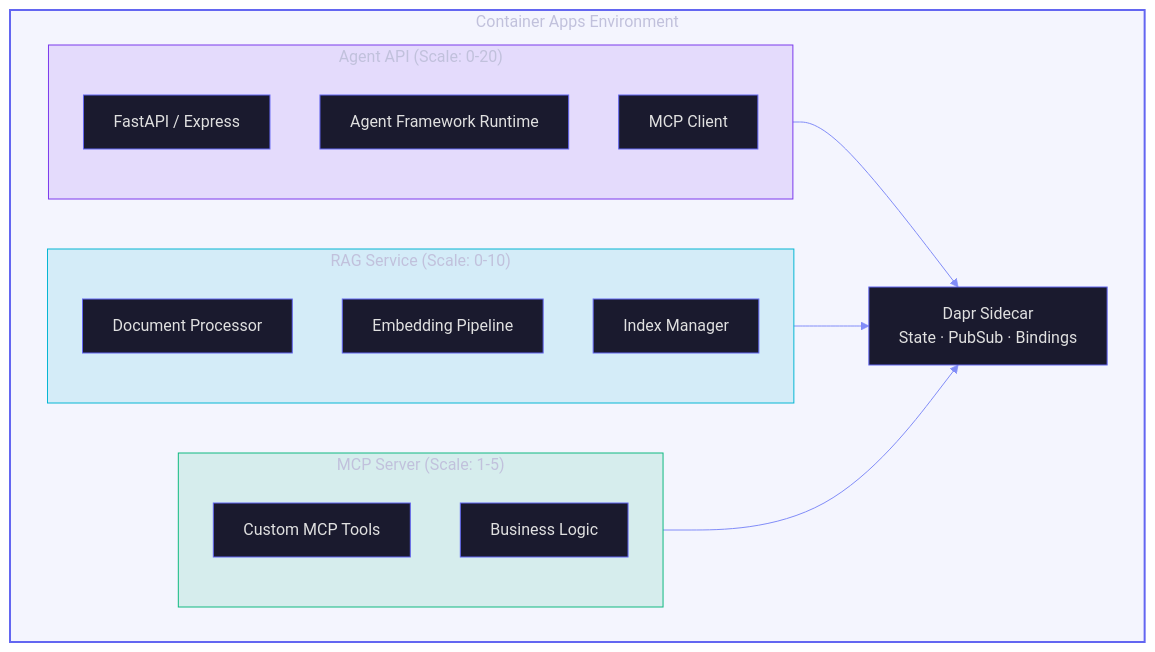
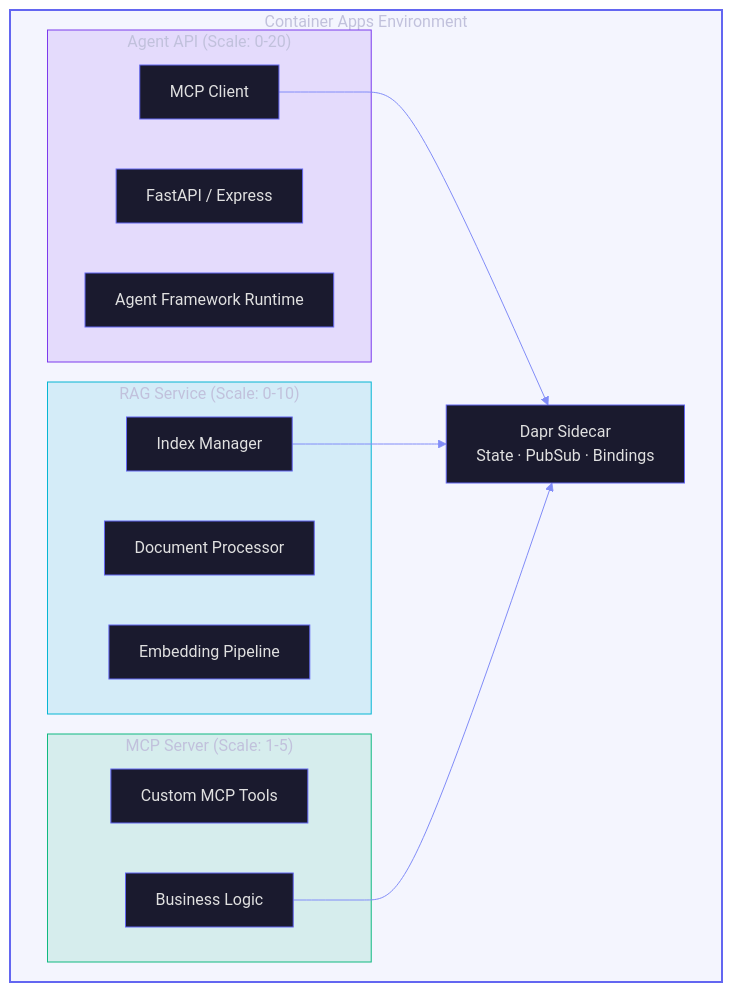
The fourth of 9 diagrams in docs/T3-Production-Patterns.md (frootai/frootai), drawn with Mermaid before and after one commit. The commit also changed other lines of this file and 15 other files, not shown here.

Commit message:
docs: harden learning module diagrams

````diff
--- a/docs/T3-Production-Patterns.md
+++ b/docs/T3-Production-Patterns.md
@@ -193,33 +205,33 @@
 ```mermaid
 %%{init: {'theme': 'base', 'themeVariables': {'primaryColor': '#1a1a2e', 'primaryTextColor': '#e0e0e0', 'primaryBorderColor': '#6366f1', 'lineColor': '#818cf8', 'background': 'transparent'}}}%%
 graph TB
     subgraph CA_ENV["Container Apps Environment"]
         subgraph AGENT_APP["Agent API (Scale: 0-20)"]
             AG1["FastAPI / Express"]
             AG2["Agent Framework Runtime"]
             AG3["MCP Client"]
         end
         
         subgraph RAG_APP["RAG Service (Scale: 0-10)"]
             RG1["Document Processor"]
             RG2["Embedding Pipeline"]
             RG3["Index Manager"]
         end
         
         subgraph MCP_APP["MCP Server (Scale: 1-5)"]
             MS1["Custom MCP Tools"]
             MS2["Business Logic"]
         end
         
         DAPR["Dapr Sidecar<br/>State · PubSub · Bindings"]
     end
     
-    AGENT_APP --> DAPR
-    RAG_APP --> DAPR
-    MCP_APP --> DAPR
+    AG3 --> DAPR
+    RG3 --> DAPR
+    MS2 --> DAPR
     
     style CA_ENV fill:#6366f111,stroke:#6366f1,stroke-width:2px
     style AGENT_APP fill:#7c3aed22,stroke:#7c3aed
     style RAG_APP fill:#06b6d422,stroke:#06b6d4
     style MCP_APP fill:#10b98122,stroke:#10b981
 ```
````
